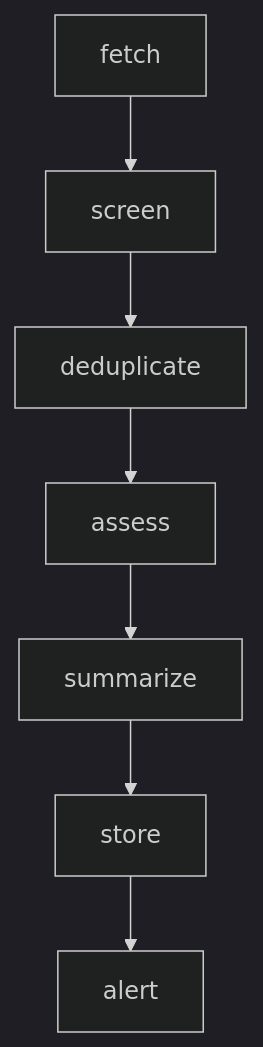
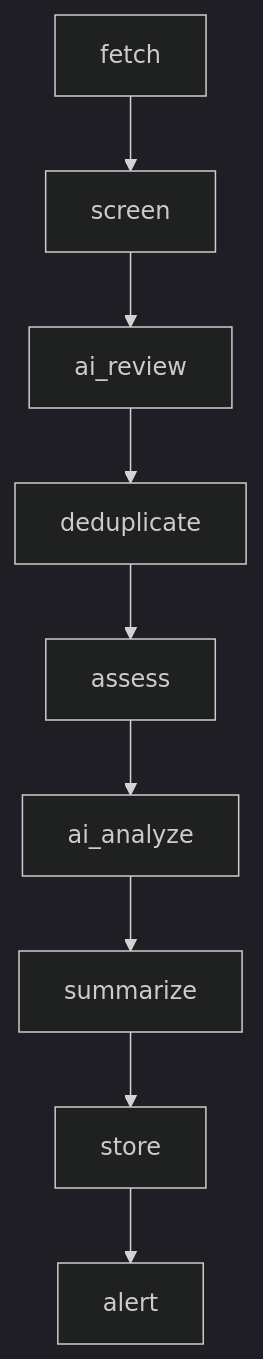
Before and after one commit to NadiinAhmed/REX-AI: the diagram in docs/rfp_agent.md, drawn with Mermaid (dark theme). The commit also changed other lines of this file and 3 other files, not shown here.

````diff
--- a/docs/rfp_agent.md
+++ b/docs/rfp_agent.md
@@ -26,4 +27,4 @@
 ```mermaid
 graph TD;
-    fetch --> screen --> deduplicate --> assess --> summarize --> store --> alert
+    fetch --> screen --> ai_review --> deduplicate --> assess --> ai_analyze --> summarize --> store --> alert
 ```
````
